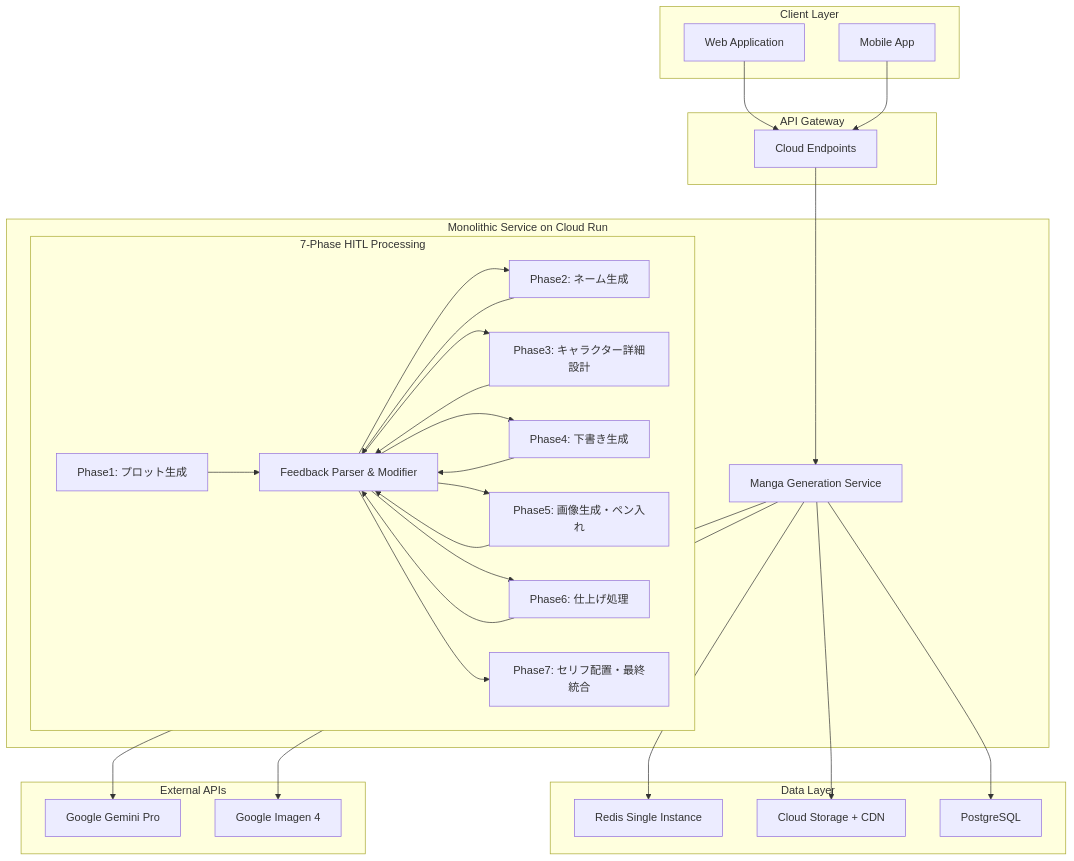
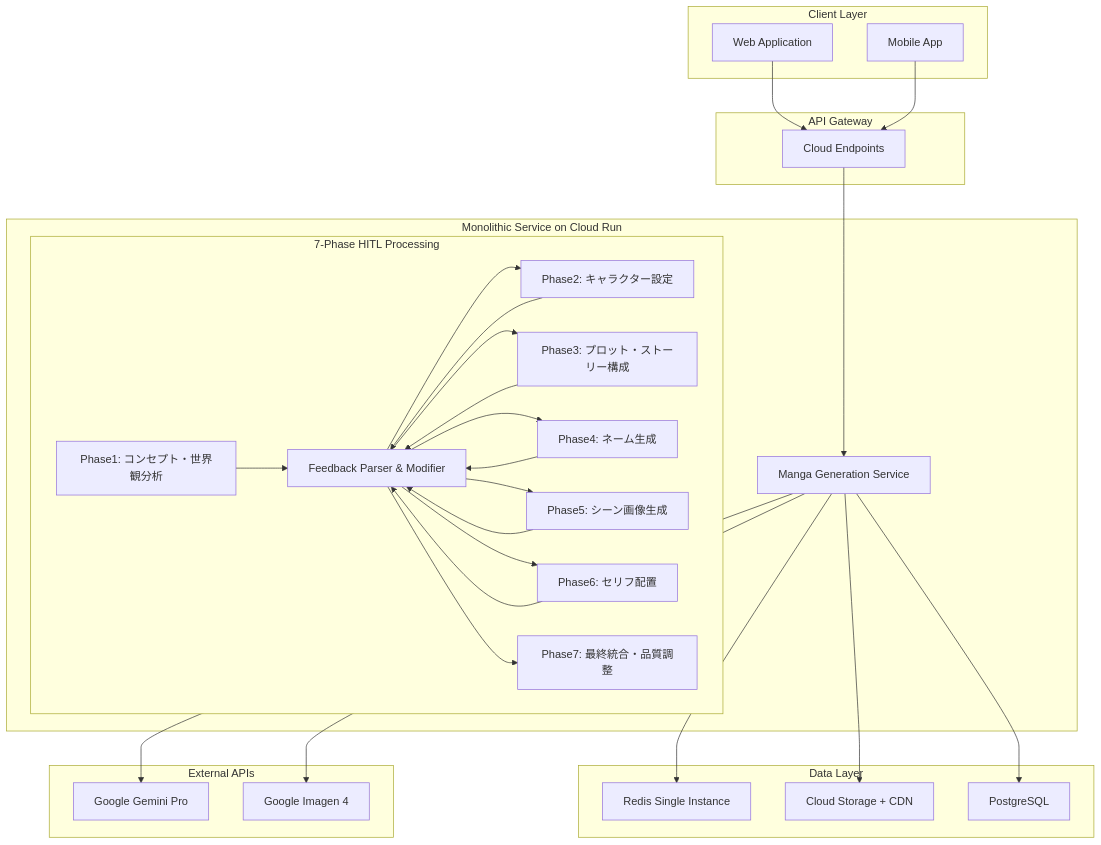
The first of 2 diagrams in docs/04.システム設計書.md (WLONEGI/AI_Agent_Hackathon_with_Google_Cloud_3rd), drawn with Mermaid before and after one commit. The commit also changed other lines of this file and 187 other files, not shown here.

````diff
--- a/docs/04.システム設計書.md
+++ b/docs/04.システム設計書.md
@@ -51,60 +56,60 @@
 ```mermaid
 graph TB
     subgraph "Client Layer"
         A[Web Application]
         B[Mobile App]
     end
     
     subgraph "API Gateway"
         C[Cloud Endpoints]
     end
     
     subgraph "Monolithic Service on Cloud Run"
         D[Manga Generation Service]
         subgraph "7-Phase HITL Processing"
-            D1[Phase1: プロット生成]
-            D2[Phase2: ネーム生成]
-            D3[Phase3: キャラクター詳細設計]
-            D4[Phase4: 下書き生成]
-            D5[Phase5: 画像生成・ペン入れ]
-            D6[Phase6: 仕上げ処理]
-            D7[Phase7: セリフ配置・最終統合]
+            D1[Phase1: コンセプト・世界観分析]
+            D2[Phase2: キャラクター設定]
+            D3[Phase3: プロット・ストーリー構成]
+            D4[Phase4: ネーム生成]
+            D5[Phase5: シーン画像生成]
+            D6[Phase6: セリフ配置]
+            D7[Phase7: 最終統合・品質調整]
             F[Feedback Parser & Modifier]
         end
     end
     
     subgraph "Data Layer"
         M[Redis Single Instance]
         N[Cloud Storage + CDN]
         O[PostgreSQL]
     end
     
     subgraph "External APIs"
         P[Google Gemini Pro]
         Q[Google Imagen 4]
     end
     
     A --> C
     B --> C
     C --> D
     
     D --> M
     D --> N
     D --> O
     
     D --> P
     D --> Q
     
     D1 --> F
     F --> D2
     D2 --> F
     F --> D3
     D3 --> F
     F --> D4
     D4 --> F
     F --> D5
     D5 --> F
     F --> D6
     D6 --> F
     F --> D7
 ```
````
